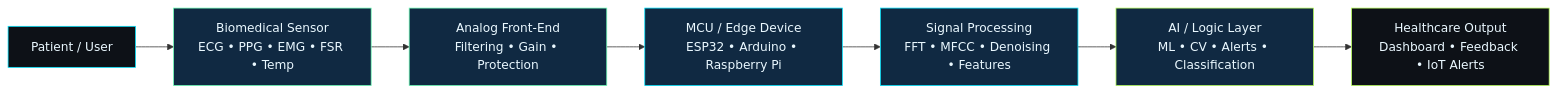
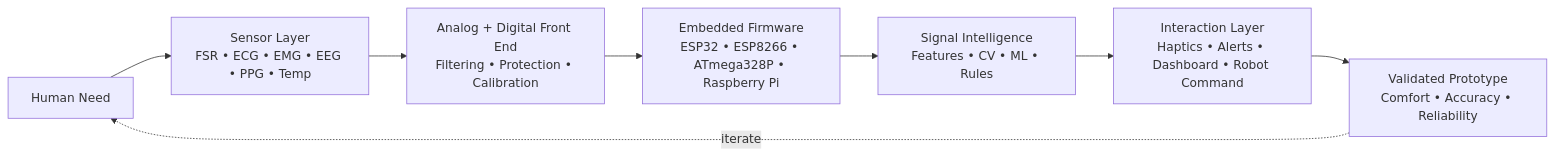
Before and after one commit to Abdul-Rahman-bme/abdul-rahman-bme: the diagram in README.md, drawn with Mermaid. The commit also changed other lines of this file, not shown here.

````diff
--- a/README.md
+++ b/README.md
@@ -55,17 +51,10 @@
 ```mermaid
 flowchart LR
-    A[Patient / User] --> B[Biomedical Sensor<br/>ECG • PPG • EMG • FSR • Temp]
-    B --> C[Analog Front-End<br/>Filtering • Gain • Protection]
-    C --> D[MCU / Edge Device<br/>ESP32 • Arduino • Raspberry Pi]
-    D --> E[Signal Processing<br/>FFT • MFCC • Denoising • Features]
-    E --> F[AI / Logic Layer<br/>ML • CV • Alerts • Classification]
-    F --> G[Healthcare Output<br/>Dashboard • Feedback • IoT Alerts]
-
-    style A fill:#0D1117,stroke:#00E5FF,color:#EAF8FF
-    style B fill:#102942,stroke:#6DFFB8,color:#EAF8FF
-    style C fill:#102942,stroke:#6DFFB8,color:#EAF8FF
-    style D fill:#102942,stroke:#00E5FF,color:#EAF8FF
-    style E fill:#102942,stroke:#00E5FF,color:#EAF8FF
-    style F fill:#102942,stroke:#B7FF5A,color:#EAF8FF
-    style G fill:#0D1117,stroke:#B7FF5A,color:#EAF8FF
+    A[Human Need] --> B[Sensor Layer<br/>FSR • ECG • EMG • EEG • PPG • Temp]
+    B --> C[Analog + Digital Front End<br/>Filtering • Protection • Calibration]
+    C --> D[Embedded Firmware<br/>ESP32 • ESP8266 • ATmega328P • Raspberry Pi]
+    D --> E[Signal Intelligence<br/>Features • CV • ML • Rules]
+    E --> F[Interaction Layer<br/>Haptics • Alerts • Dashboard • Robot Command]
+    F --> G[Validated Prototype<br/>Comfort • Accuracy • Reliability]
+    G -. iterate .-> A
 ```
````
